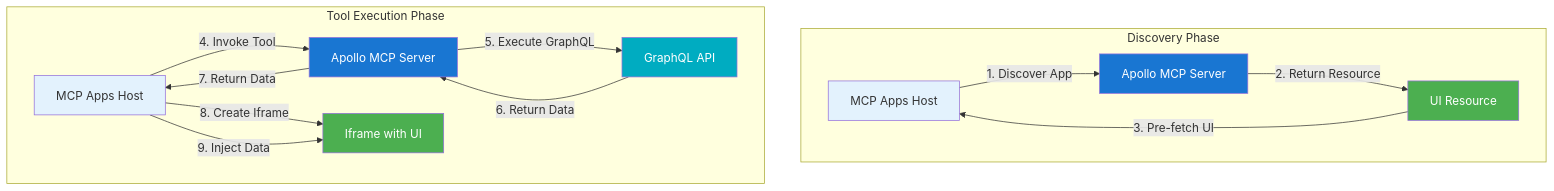
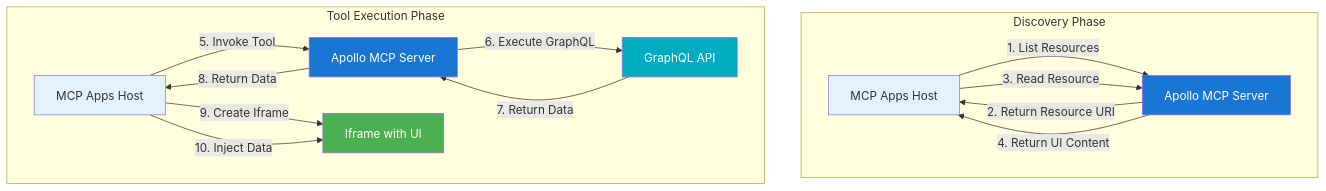
One commit to apollographql/apollo-mcp-server changed the first of 2 diagrams in docs/source/mcp-apps-architecture.mdx. Above: the diagram before and after it, drawn with Mermaid. The commit also changed other lines of this file and 1 other file, not shown here.

Commit message:
Correcting diagrams.

````diff
--- a/docs/source/mcp-apps-architecture.mdx
+++ b/docs/source/mcp-apps-architecture.mdx
@@ -16,34 +16,33 @@
 ```mermaid
 graph TB
     subgraph Discovery["Discovery Phase"]
         Host1["MCP Apps Host"]
         MCPServer1["Apollo MCP Server"]
-        Resource1["UI Resource"]
         
-        Host1 -->|"1. Discover App"| MCPServer1
-        MCPServer1 -->|"2. Return Resource"| Resource1
-        Resource1 -->|"3. Pre-fetch UI"| Host1
+        Host1 -->|"1. List Resources"| MCPServer1
+        MCPServer1 -->|"2. Return Resource URI"| Host1
+        Host1 -->|"3. Read Resource"| MCPServer1
+        MCPServer1 -->|"4. Return UI Content"| Host1
     end
     
     subgraph Execution["Tool Execution Phase"]
         Host2["MCP Apps Host"]
         MCPServer2["Apollo MCP Server"]
         GraphQL["GraphQL API"]
         Iframe["Iframe with UI"]
         
-        Host2 -->|"4. Invoke Tool"| MCPServer2
-        MCPServer2 -->|"5. Execute GraphQL"| GraphQL
-        GraphQL -->|"6. Return Data"| MCPServer2
-        MCPServer2 -->|"7. Return Data"| Host2
-        Host2 -->|"8. Create Iframe"| Iframe
-        Host2 -->|"9. Inject Data"| Iframe
+        Host2 -->|"5. Invoke Tool"| MCPServer2
+        MCPServer2 -->|"6. Execute GraphQL"| GraphQL
+        GraphQL -->|"7. Return Data"| MCPServer2
+        MCPServer2 -->|"8. Return Data"| Host2
+        Host2 -->|"9. Create Iframe"| Iframe
+        Host2 -->|"10. Inject Data"| Iframe
     end
     
     style Host1 fill:#E3F2FD
     style Host2 fill:#E3F2FD
     style MCPServer1 fill:#1976D2,color:#fff
     style MCPServer2 fill:#1976D2,color:#fff
     style GraphQL fill:#00ACC1,color:#fff
-    style Resource1 fill:#4CAF50,color:#fff
     style Iframe fill:#4CAF50,color:#fff
 ```
````
